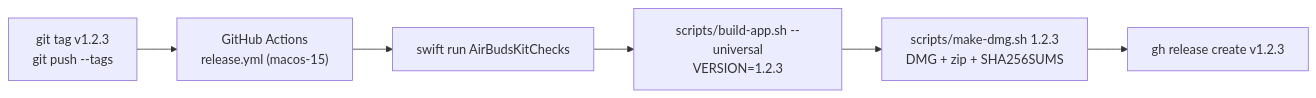
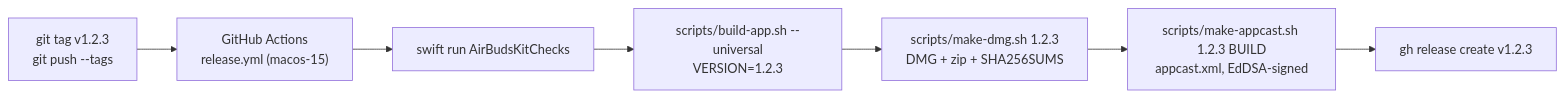
Before and after one commit to abdullahmia/airbuds: the fourth of 4 diagrams in docs/ARCHITECTURE.md, drawn with Mermaid. The commit also changed other lines of this file and 33 other files, not shown here.

````diff
--- a/docs/ARCHITECTURE.md
+++ b/docs/ARCHITECTURE.md
@@ -231,8 +249,9 @@
 ```mermaid
 flowchart LR
     Tag["git tag v1.2.3<br/>git push --tags"] --> WF["GitHub Actions<br/>release.yml (macos-15)"]
     WF --> Checks["swift run AirBudsKitChecks"]
     Checks --> Build["scripts/build-app.sh --universal<br/>VERSION=1.2.3"]
     Build --> Pack["scripts/make-dmg.sh 1.2.3<br/>DMG + zip + SHA256SUMS"]
-    Pack --> Rel["gh release create v1.2.3"]
+    Pack --> Feed["scripts/make-appcast.sh 1.2.3 BUILD<br/>appcast.xml, EdDSA-signed"]
+    Feed --> Rel["gh release create v1.2.3"]
 ```
````
